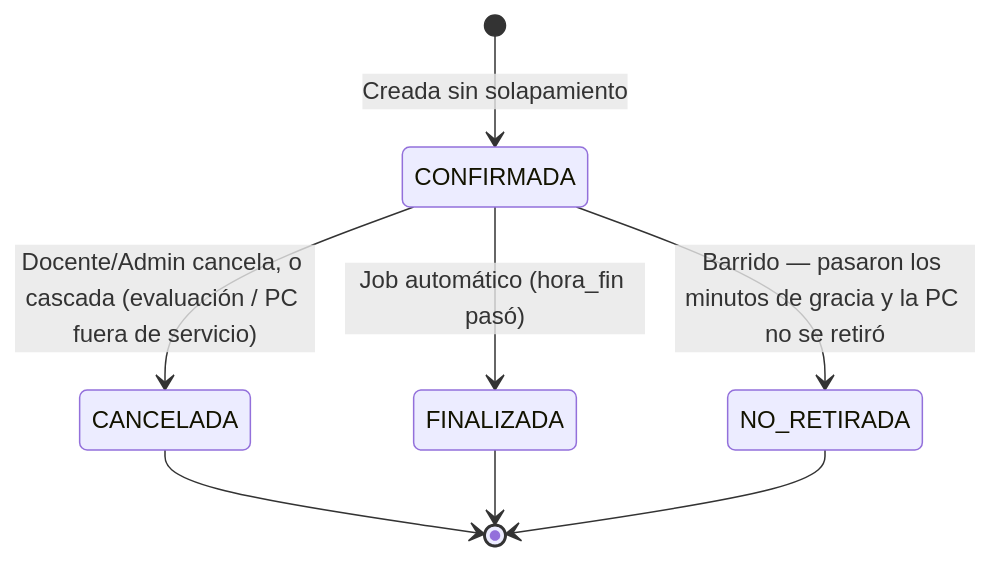
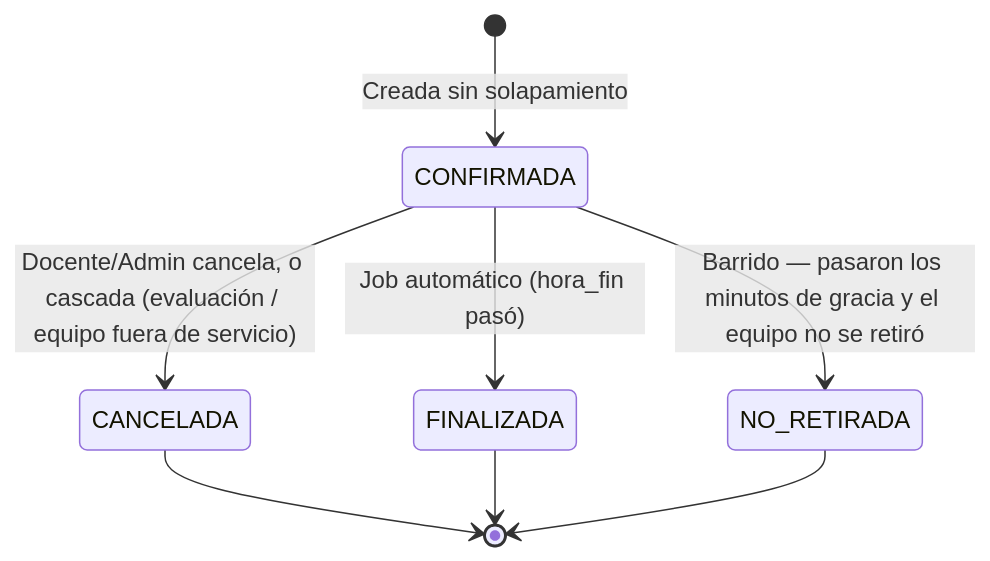
Before and after one commit to agustin-y2k/sgrc: the second of 5 diagrams in docs/05-diagramas-estado.md, drawn with Mermaid. The commit also changed other lines of this file and 81 other files, not shown here.

````diff
--- a/docs/05-diagramas-estado.md
+++ b/docs/05-diagramas-estado.md
@@ -25,10 +25,10 @@
 ```mermaid
 stateDiagram-v2
     [*] --> CONFIRMADA: Creada sin solapamiento
-    CONFIRMADA --> CANCELADA: Docente/Admin cancela, o cascada (evaluación / PC fuera de servicio)
+    CONFIRMADA --> CANCELADA: Docente/Admin cancela, o cascada (evaluación / equipo fuera de servicio)
     CONFIRMADA --> FINALIZADA: Job automático (hora_fin pasó)
-    CONFIRMADA --> NO_RETIRADA: Barrido — pasaron los minutos de gracia y la PC no se retiró
+    CONFIRMADA --> NO_RETIRADA: Barrido — pasaron los minutos de gracia y el equipo no se retiró
     CANCELADA --> [*]
     FINALIZADA --> [*]
     NO_RETIRADA --> [*]
 ```
````
